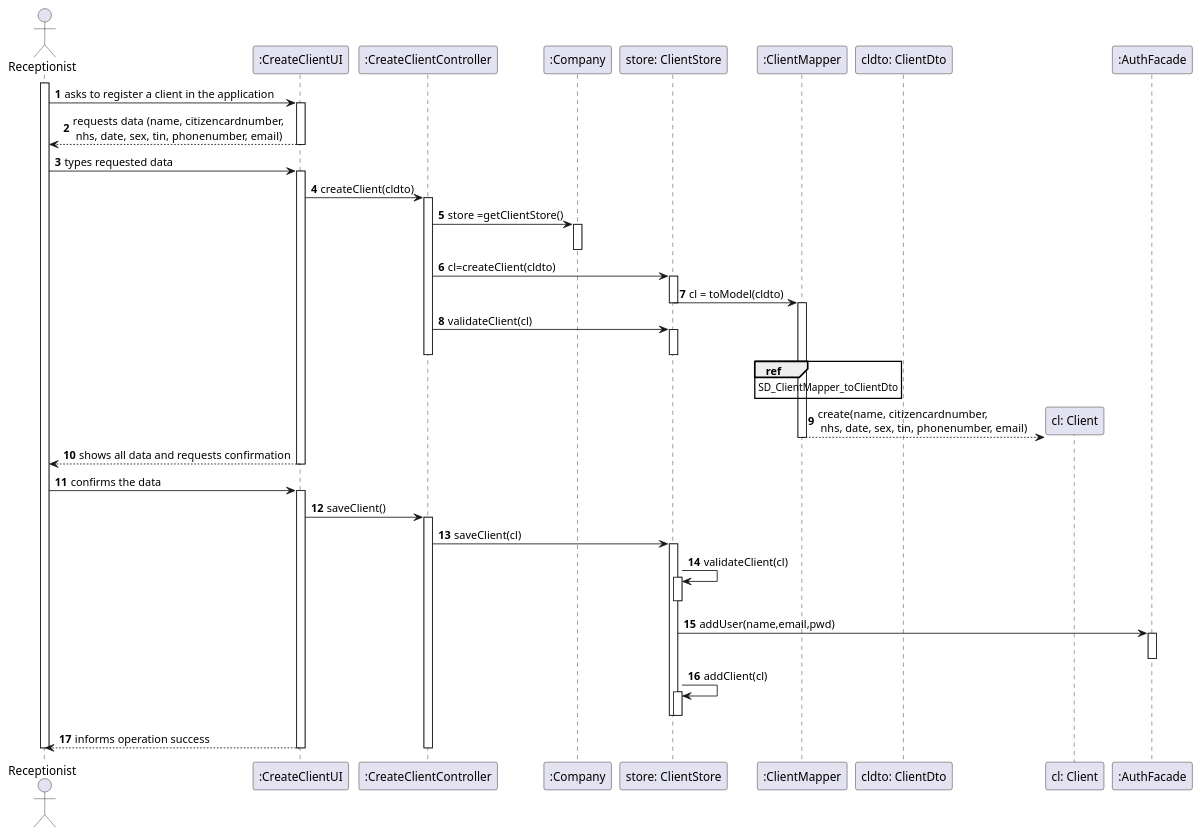
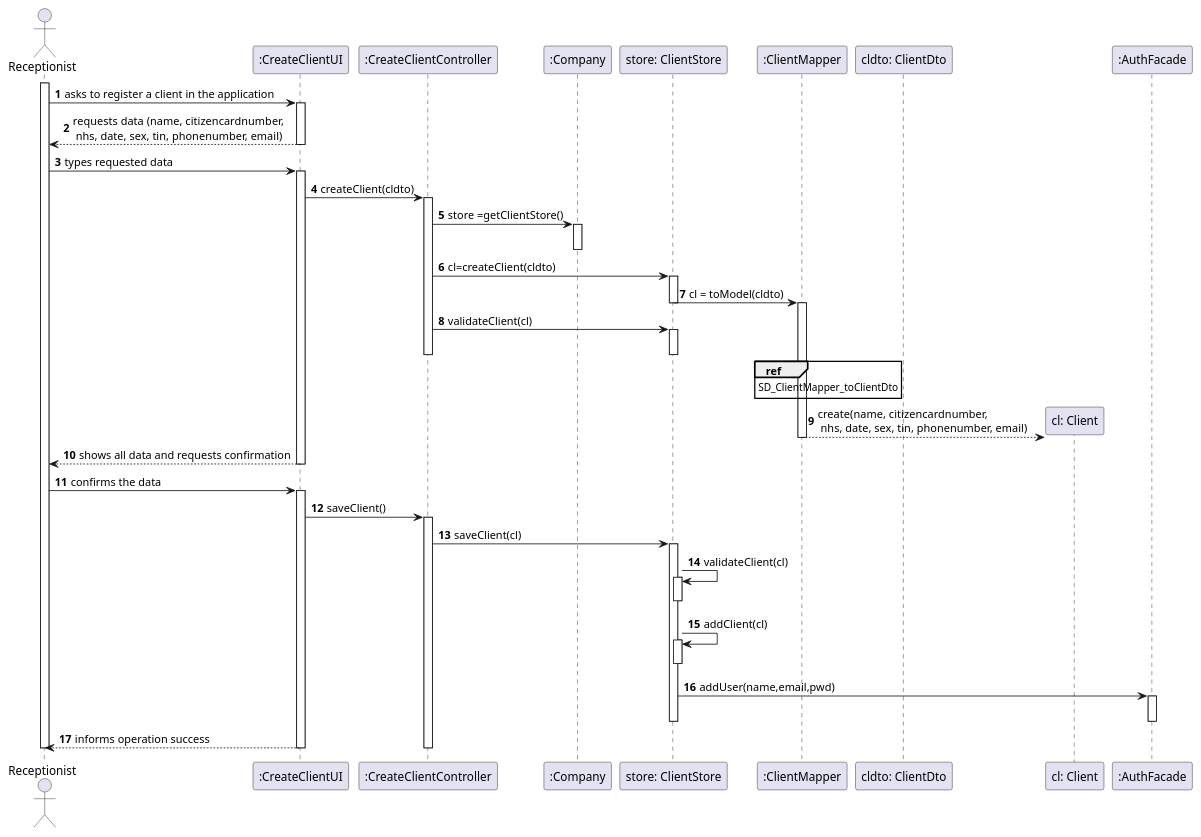
Before and after one commit to manu-07-ela/LAPR2_ISEP: the diagram in docs/SprintB/US03/US3_SD.puml, drawn with PlantUML. The commit also changed other lines of this file and 4 other files, not shown here.

```diff
--- a/docs/SprintB/US03/US3_SD.puml
+++ b/docs/SprintB/US03/US3_SD.puml
@@ -1,87 +1,87 @@
 @startuml
 autonumber
 'hide footbox
 actor "Receptionist" as REP
 
 participant ":CreateClientUI" as UI
 participant ":CreateClientController" as CTRL
 participant ":Company" as COMP
 participant "store: ClientStore" as CS
 participant ":ClientMapper" as CM
 participant "cldto: ClientDto" as CDTO
 participant "cl: Client" as CL
 participant ":AuthFacade" as AF
 
 activate REP
 REP -> UI : asks to register a client in the application
 activate UI
 UI --> REP : requests data (name, citizencardnumber,\n nhs, date, sex, tin, phonenumber, email)
 deactivate UI
 
 REP -> UI : types requested data
 activate UI
 
 UI -> CTRL : createClient(cldto)
 activate CTRL
 
 CTRL -> COMP : store =getClientStore()
 activate COMP
 deactivate COMP
 
 CTRL -> CS : cl=createClient(cldto)
 activate CS
 
 CS -> CM : cl = toModel(cldto)
 deactivate CS
 activate CM
 
 
 
 CTRL -> CS : validateClient(cl)
 activate CS
 deactivate CS
 deactivate CTRL
 
 
 ref over CM
   SD_ClientMapper_toClientDto
 end ref
 
 CM --> CL** : create(name, citizencardnumber,\n nhs, date, sex, tin, phonenumber, email)
 deactivate CM
 deactivate CS
 
 
 UI --> REP : shows all data and requests confirmation
 deactivate COMP
 deactivate UI
 
 REP -> UI : confirms the data
 activate UI
 UI -> CTRL : saveClient()
 activate CTRL
 
 CTRL -> CS : saveClient(cl)
 activate CS
 
 CS -> CS: validateClient(cl)
 activate CS
 deactivate CS
 
+CS -> CS: addClient(cl)
+activate CS
+deactivate CS
+
 CS -> AF: addUser(name,email,pwd)
 activate AF
 deactivate AF
-
-CS -> CS: addClient(cl)
-activate CS
-deactivate CS
 deactivate CS
 
 UI --> REP : informs operation success
 deactivate COMP
 deactivate CTRL
 deactivate UI
 
 deactivate REP
 
 @enduml
```
